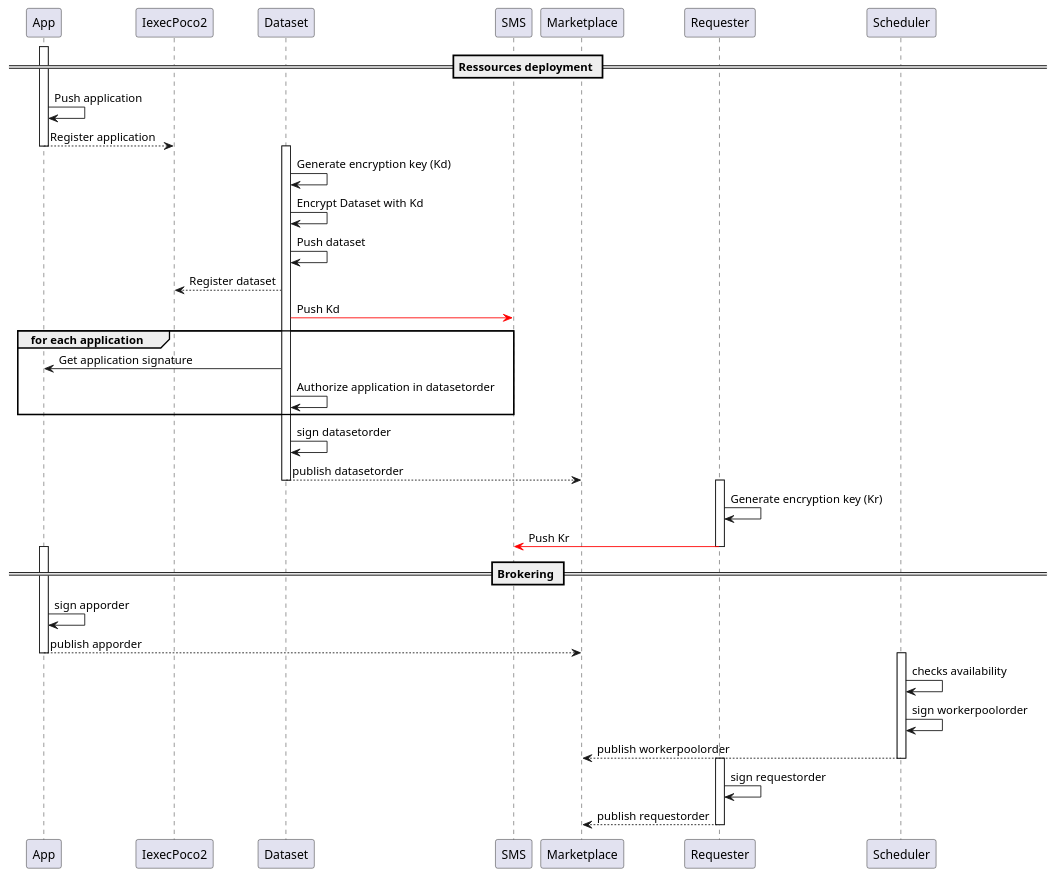
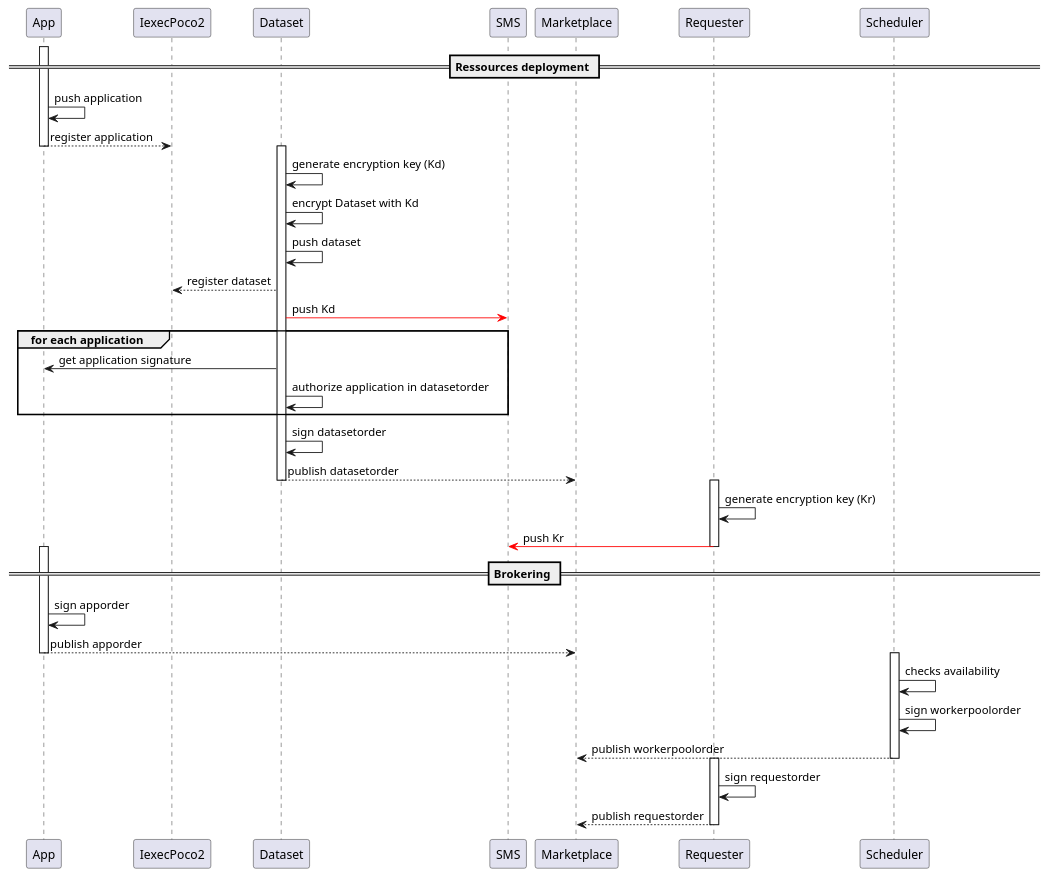
One commit to iExecBlockchainComputing/PoCo changed the diagram in uml/workflow-ODB-1b-publish-orders-TEE.puml. Above: the diagram before and after it, drawn with PlantUML. The commit also changed 2 other files, not shown here.

```diff
--- a/uml/workflow-ODB-1b-publish-orders-TEE.puml
+++ b/uml/workflow-ODB-1b-publish-orders-TEE.puml
@@ -1,46 +1,46 @@
 @startuml
 
 == Ressources deployment ==
 activate App
-App -> App : Push application
-App --> IexecPoco2 : Register application
+App -> App : push application
+App --> IexecPoco2 : register application
 deactivate App
 
 activate Dataset
-Dataset -> Dataset : Generate encryption key (Kd)
-Dataset -> Dataset : Encrypt Dataset with Kd
-Dataset -> Dataset : Push dataset
-Dataset --> IexecPoco2 : Register dataset
-Dataset -[#red]> SMS: Push Kd
+Dataset -> Dataset : generate encryption key (Kd)
+Dataset -> Dataset : encrypt Dataset with Kd
+Dataset -> Dataset : push dataset
+Dataset --> IexecPoco2 : register dataset
+Dataset -[#red]> SMS: push Kd
 group for each application
-	Dataset -> App : Get application signature
-	Dataset -> Dataset : Authorize application in datasetorder
+	Dataset -> App : get application signature
+	Dataset -> Dataset : authorize application in datasetorder
 end
 Dataset -> Dataset : sign datasetorder
 Dataset --> Marketplace : publish datasetorder
 deactivate Dataset
 
 activate Requester
-Requester -> Requester : Generate encryption key (Kr)
-Requester -[#red]> SMS: Push Kr
+Requester -> Requester : generate encryption key (Kr)
+Requester -[#red]> SMS: push Kr
 deactivate Requester
 
 == Brokering ==
 
 activate App
 App -> App : sign apporder
 App --> Marketplace : publish apporder
 deactivate App
 
 activate Scheduler
 Scheduler -> Scheduler : checks availability
 Scheduler -> Scheduler : sign workerpoolorder
 Scheduler --> Marketplace : publish workerpoolorder
 deactivate Scheduler
 
 activate Requester
 Requester -> Requester : sign requestorder
 Requester --> Marketplace : publish requestorder
 deactivate Requester
 
 @enduml
```
